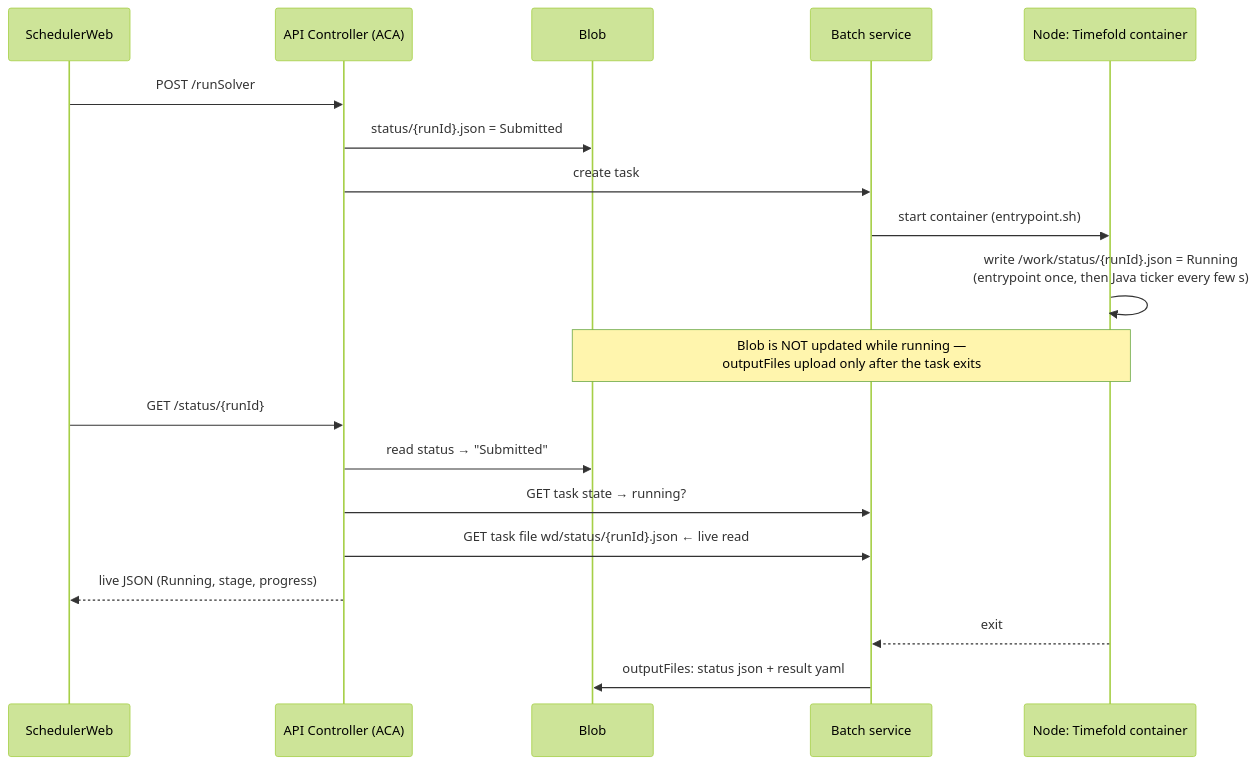
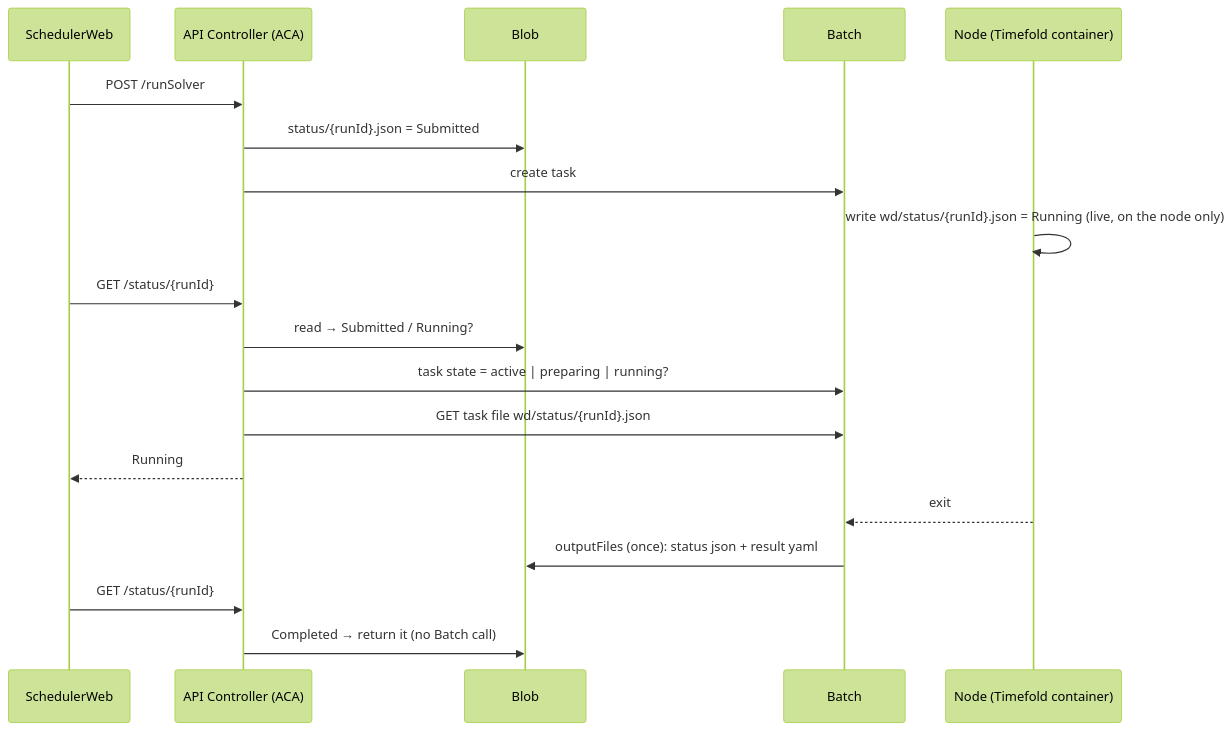
Before and after one commit to WhiTeXCharGe/TF_Testing: the diagram in SchedulerWeb/azure/Azure-Company-08-Running-Status-Check.md, drawn with Mermaid (forest theme). The commit also changed other lines of this file and 1 other file, not shown here.

Commit message:
update api controller

````diff
--- a/SchedulerWeb/azure/Azure-Company-08-Running-Status-Check.md
+++ b/SchedulerWeb/azure/Azure-Company-08-Running-Status-Check.md
@@ -16,22 +22,22 @@
 ```mermaid
 sequenceDiagram
     participant W as SchedulerWeb
     participant API as API Controller (ACA)
     participant BLOB as Blob
-    participant B as Batch service
-    participant N as Node: Timefold container
+    participant B as Batch
+    participant N as Node (Timefold container)
 
     W->>API: POST /runSolver
     API->>BLOB: status/{runId}.json = Submitted
     API->>B: create task
-    B->>N: start container (entrypoint.sh)
-    N->>N: write /work/status/{runId}.json = Running<br/>(entrypoint once, then Java ticker every few s)
-    Note over N,BLOB: Blob is NOT updated while running —<br/>outputFiles upload only after the task exits
+    N->>N: write wd/status/{runId}.json = Running (live, on the node only)
     W->>API: GET /status/{runId}
-    API->>BLOB: read status → "Submitted"
-    API->>B: GET task state → running?
-    API->>B: GET task file wd/status/{runId}.json  ← live read
-    API-->>W: live JSON (Running, stage, progress)
+    API->>BLOB: read → Submitted / Running?
+    API->>B: task state = active | preparing | running?
+    API->>B: GET task file wd/status/{runId}.json
+    API-->>W: Running
     N-->>B: exit
-    B->>BLOB: outputFiles: status json + result yaml
+    B->>BLOB: outputFiles (once): status json + result yaml
+    W->>API: GET /status/{runId}
+    API->>BLOB: Completed → return it (no Batch call)
 ```
````
